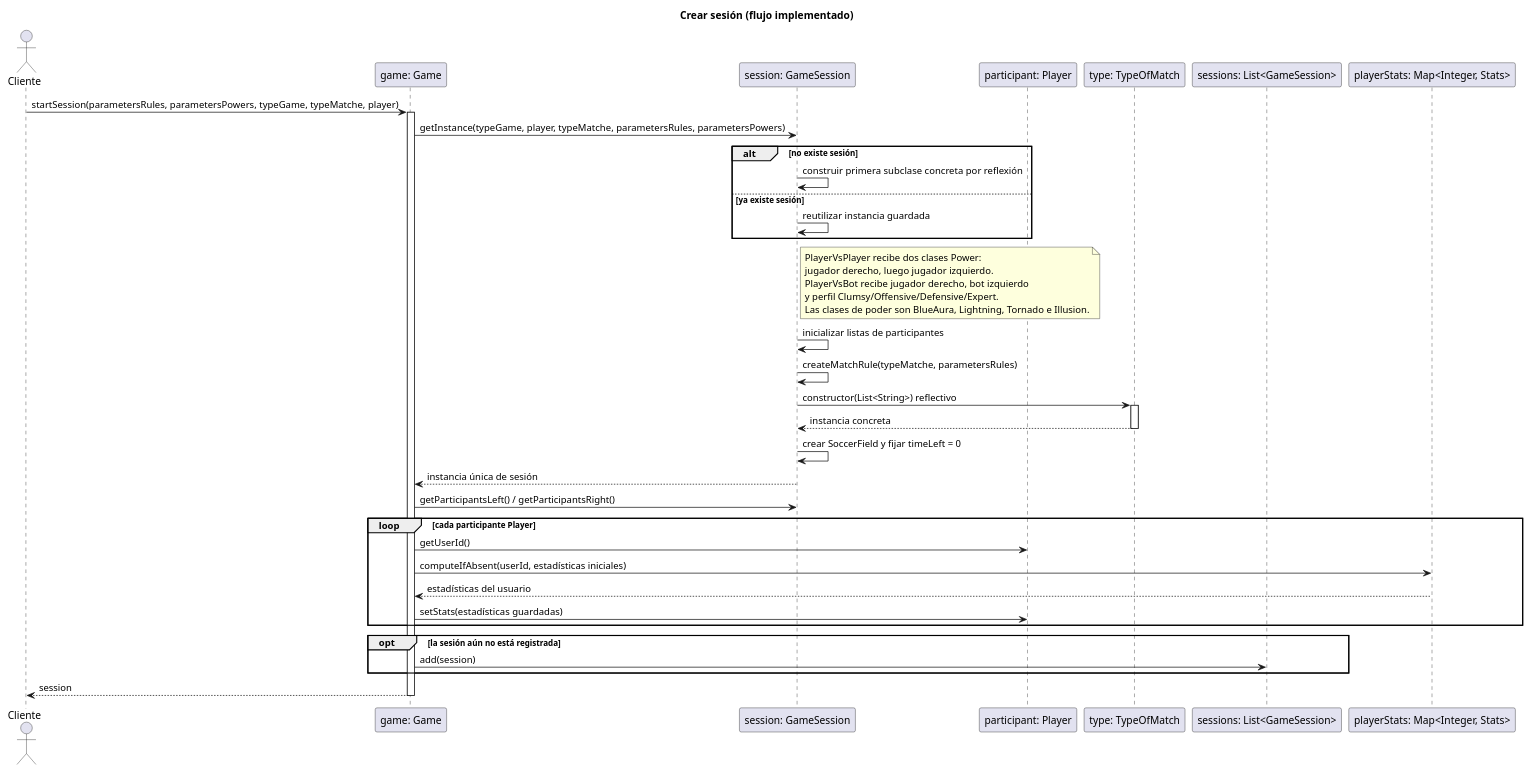
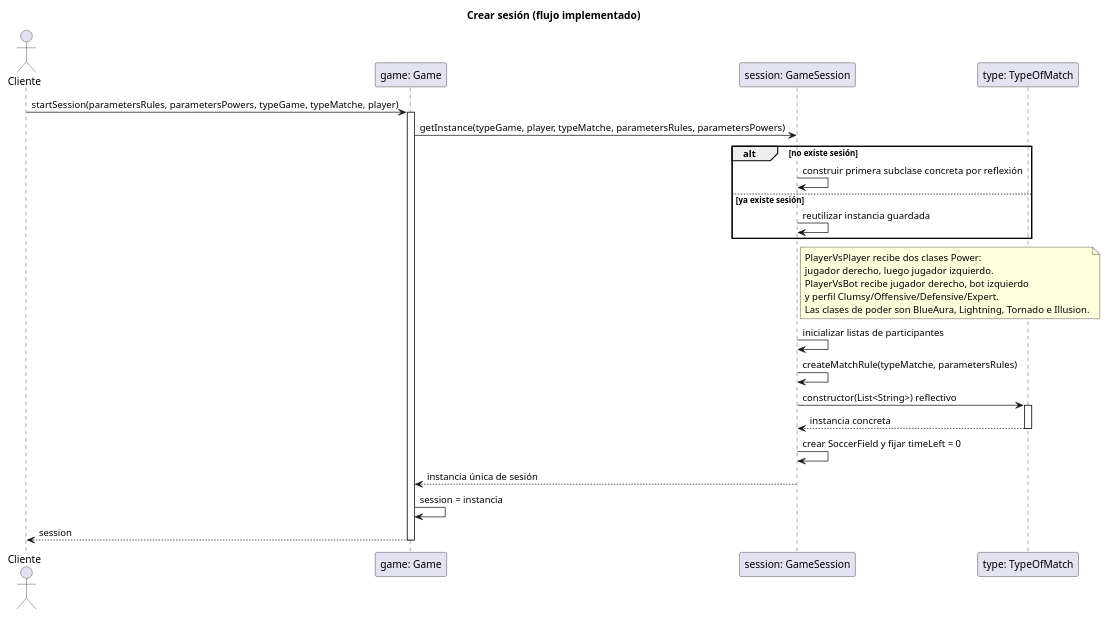
One commit to PaglkG/ProyectoFinal-Dopo changed the diagram in docs/uml/start-session-sequence.puml. Above: the diagram before and after it, drawn with PlantUML. The commit also changed 19 other files, not shown here.

```diff
--- a/docs/uml/start-session-sequence.puml
+++ b/docs/uml/start-session-sequence.puml
@@ -1,44 +1,32 @@
 @startuml
 title Crear sesión (flujo implementado)
 actor Cliente
 participant "game: Game" as G
 participant "session: GameSession" as S
-participant "participant: Player" as P
 participant "type: TypeOfMatch" as T
-participant "sessions: List<GameSession>" as L
-participant "playerStats: Map<Integer, Stats>" as M
 
 Cliente -> G: startSession(parametersRules, parametersPowers, typeGame, typeMatche, player)
 activate G
 G -> S: getInstance(typeGame, player, typeMatche, parametersRules, parametersPowers)
 alt no existe sesión
   S -> S: construir primera subclase concreta por reflexión
 else ya existe sesión
   S -> S: reutilizar instancia guardada
 end
 note right of S
   PlayerVsPlayer recibe dos clases Power:
   jugador derecho, luego jugador izquierdo.
   PlayerVsBot recibe jugador derecho, bot izquierdo
   y perfil Clumsy/Offensive/Defensive/Expert.
   Las clases de poder son BlueAura, Lightning, Tornado e Illusion.
 end note
 S -> S: inicializar listas de participantes
 S -> S: createMatchRule(typeMatche, parametersRules)
 S -> T ++: constructor(List<String>) reflectivo
 T --> S --: instancia concreta
 S -> S: crear SoccerField y fijar timeLeft = 0
 S --> G: instancia única de sesión
-G -> S: getParticipantsLeft() / getParticipantsRight()
-loop cada participante Player
-  G -> P: getUserId()
-  G -> M: computeIfAbsent(userId, estadísticas iniciales)
-  M --> G: estadísticas del usuario
-  G -> P: setStats(estadísticas guardadas)
-end
-opt la sesión aún no está registrada
-  G -> L: add(session)
-end
+G -> G: session = instancia
 G --> Cliente: session
 deactivate G
 @enduml
```
